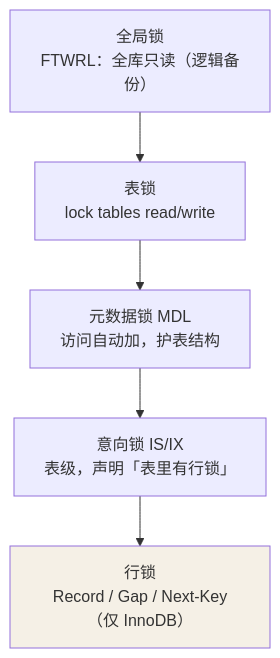
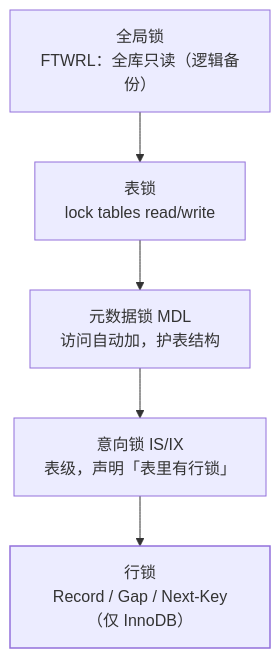
One commit to Loadhao/ascension changed the first of 2 diagrams in src/content/docs/mysql/intermediate/transaction-lock/02-locks.md. Above: the diagram before and after it, drawn with Mermaid. The commit also changed 87 other files, not shown here.

First line of the commit message:
fix: 全站图表配色改由主题接管，修复暗色主题下浅底浅字看不清

````diff
--- a/src/content/docs/mysql/intermediate/transaction-lock/02-locks.md
+++ b/src/content/docs/mysql/intermediate/transaction-lock/02-locks.md
@@ -9,9 +9,10 @@
 ```mermaid
 flowchart TB
     G["全局锁<br/>FTWRL：全库只读（逻辑备份）"] --> T["表锁<br/>lock tables read/write"]
     T --> M["元数据锁 MDL<br/>访问自动加，护表结构"]
     M --> I["意向锁 IS/IX<br/>表级，声明「表里有行锁」"]
     I --> R["行锁<br/>Record / Gap / Next-Key（仅 InnoDB）"]
 
-    style R fill:#f5f0e6
+    class R hl
+    classDef hl stroke-width:1.5px
 ```
````
